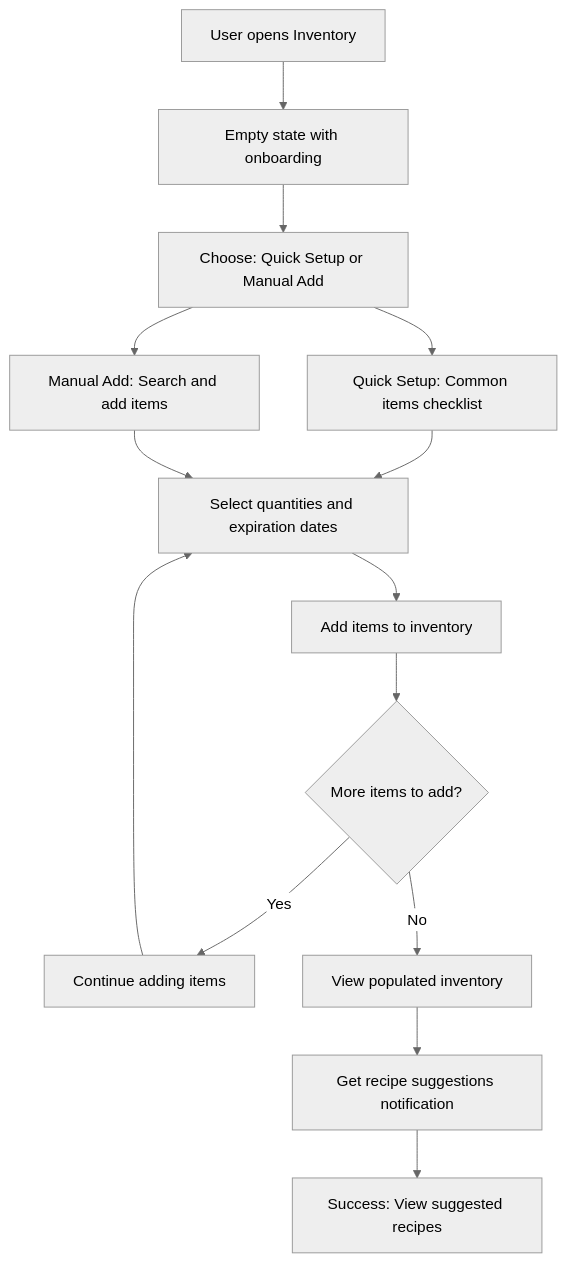
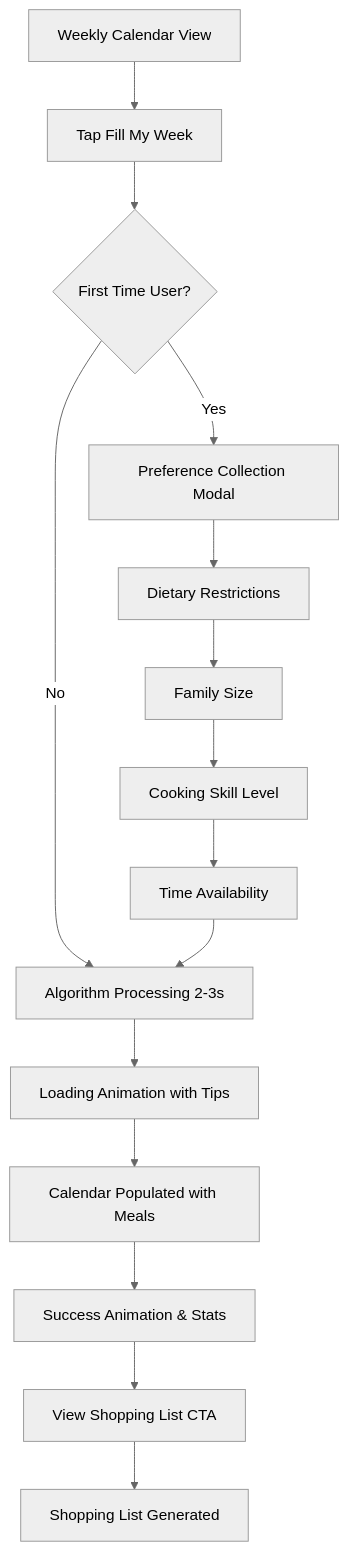
Before and after one commit to timayz/imkitchen: the first of 2 diagrams in docs/front-end-spec/user-flows.md, drawn with Mermaid (neutral theme). The commit also changed other lines of this file and 262 other files, not shown here.

````diff
--- a/docs/front-end-spec/user-flows.md
+++ b/docs/front-end-spec/user-flows.md
@@ -13,16 +20,17 @@
 ```mermaid
 graph TD
-    A[User opens Inventory] --> B[Empty state with onboarding]
-    B --> C[Choose: Quick Setup or Manual Add]
-    C --> D[Quick Setup: Common items checklist]
-    C --> E[Manual Add: Search and add items]
-    D --> F[Select quantities and expiration dates]
-    E --> F
-    F --> G[Add items to inventory]
-    G --> H{More items to add?}
-    H -->|Yes| I[Continue adding items]
-    H -->|No| J[View populated inventory]
-    I --> F
-    J --> K[Get recipe suggestions notification]
-    K --> L[Success: View suggested recipes]
+    A[Weekly Calendar View] --> B[Tap Fill My Week]
+    B --> C{First Time User?}
+    C -->|Yes| D[Preference Collection Modal]
+    C -->|No| E[Algorithm Processing 2-3s]
+    D --> D1[Dietary Restrictions]
+    D1 --> D2[Family Size]
+    D2 --> D3[Cooking Skill Level]  
+    D3 --> D4[Time Availability]
+    D4 --> E
+    E --> F[Loading Animation with Tips]
+    F --> G[Calendar Populated with Meals]
+    G --> H[Success Animation & Stats]
+    H --> I[View Shopping List CTA]
+    I --> J[Shopping List Generated]
 ```
````
